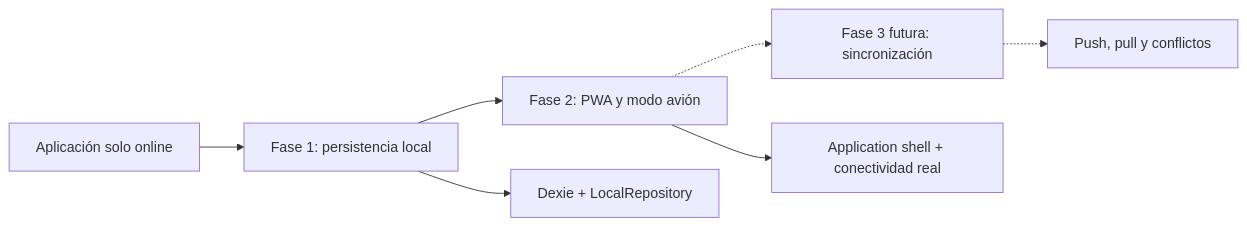
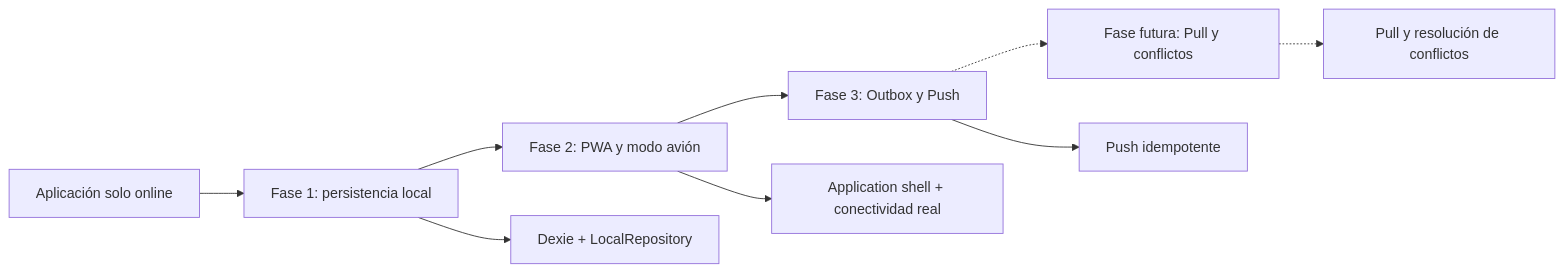
Before and after one commit to RodrigoSHL/project-manager-nx: the first of 17 diagrams in docs/INSPECTION_OFFLINE_FIRST.md, drawn with Mermaid. The commit also changed other lines of this file and 34 other files, not shown here.

First line of the commit message:
feat(sync): implement outbox and manual push for offline changes

````diff
--- a/docs/INSPECTION_OFFLINE_FIRST.md
+++ b/docs/INSPECTION_OFFLINE_FIRST.md
@@ -15,10 +17,12 @@
 ```mermaid
 flowchart LR
     ONLINE[Aplicación solo online] --> F1[Fase 1: persistencia local]
     F1 --> F2[Fase 2: PWA y modo avión]
-    F2 -.-> F3[Fase 3 futura: sincronización]
+    F2 --> F3[Fase 3: Outbox y Push]
+    F3 -.-> F4[Fase futura: Pull y conflictos]
 
     F1 --> DEXIE[Dexie + LocalRepository]
     F2 --> SHELL[Application shell + conectividad real]
-    F3 -.-> SYNC[Push, pull y conflictos]
+    F3 --> SYNC[Push idempotente]
+    F4 -.-> PULL[Pull y resolución de conflictos]
 ```
````
